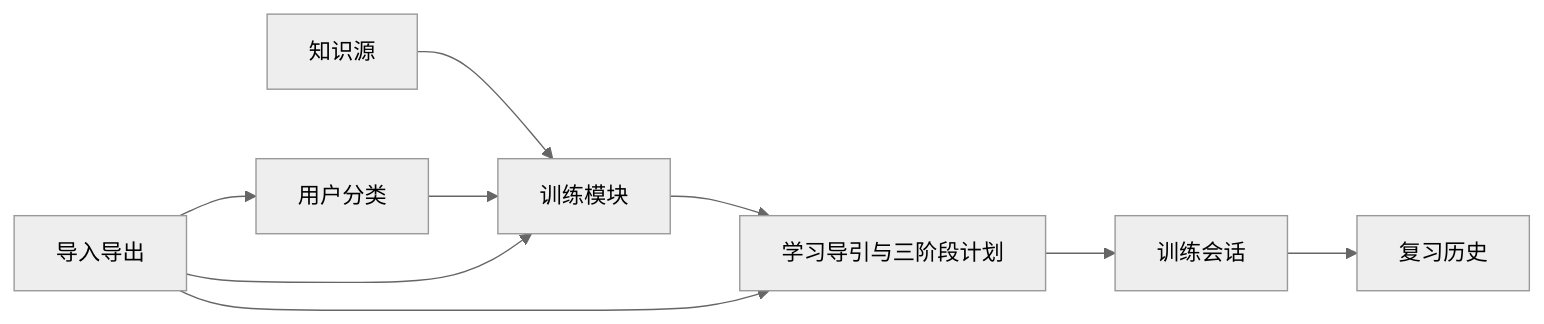
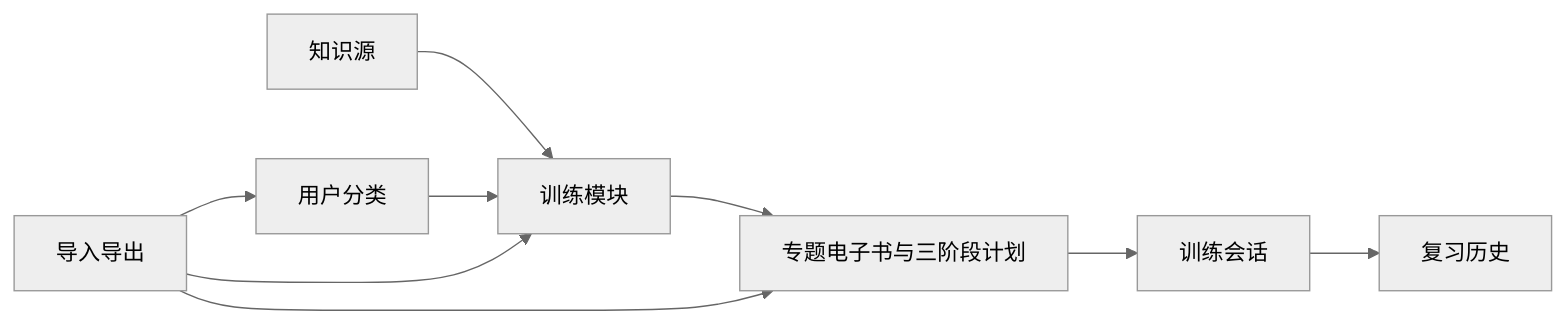
Before and after one commit to FormingSystem/linux_note: the diagram in tools/practice_tool/docs/architecture/engineering/project_structure_and_module_boundaries.md, drawn with Mermaid (neutral theme). The commit also changed other lines of this file and 81 other files, not shown here.

````diff
--- a/tools/practice_tool/docs/architecture/engineering/project_structure_and_module_boundaries.md
+++ b/tools/practice_tool/docs/architecture/engineering/project_structure_and_module_boundaries.md
@@ -18,11 +18,11 @@
 ```mermaid
 flowchart LR
     KS[知识源] --> TM[训练模块]
     TC[用户分类] --> TM
-    TM --> TP[学习导引与三阶段计划]
+    TM --> TP[专题电子书与三阶段计划]
     TP --> PS[训练会话]
     PS --> RH[复习历史]
     IE[导入导出] --> TC
     IE --> TM
     IE --> TP
 ```
````
